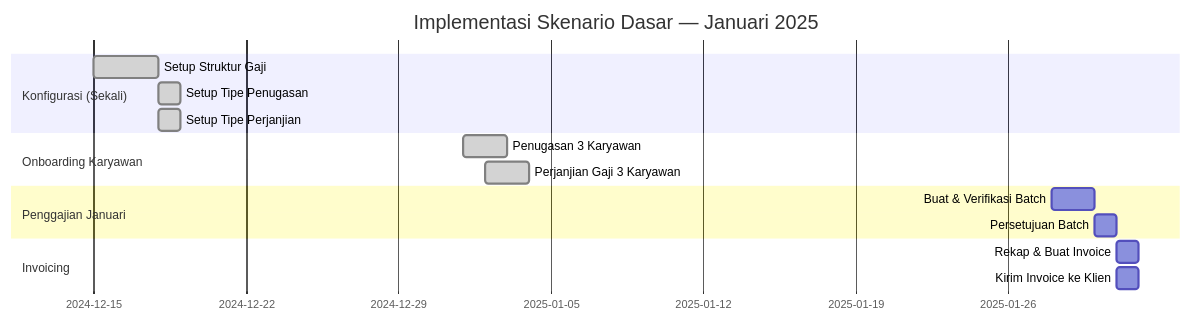
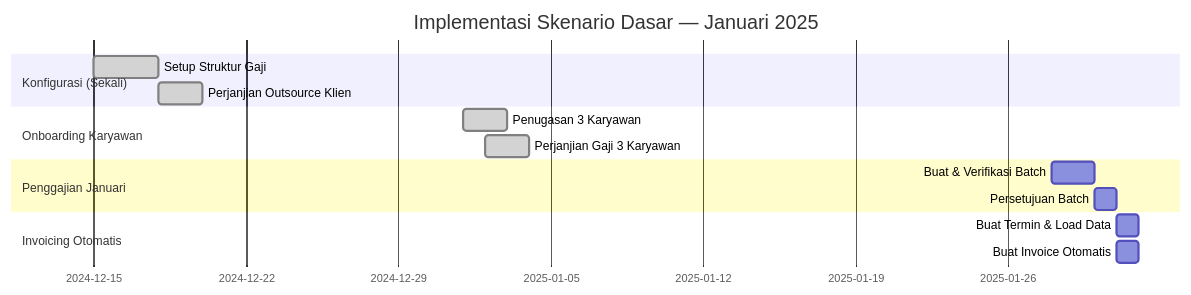
Before and after one commit to andhit-r/outsourcing-implementaton-doc: the diagram in docs/contoh-kasus/skenario-dasar.md, drawn with Mermaid. The commit also changed other lines of this file and 6 other files, not shown here.

First line of the commit message:
docs: tambahkan dokumentasi perjanjian outsource vendor-klien dan invoicing otomatis

````diff
--- a/docs/contoh-kasus/skenario-dasar.md
+++ b/docs/contoh-kasus/skenario-dasar.md
@@ -202,18 +206,17 @@
 ```mermaid
 gantt
     title Implementasi Skenario Dasar — Januari 2025
     dateFormat  YYYY-MM-DD
     section Konfigurasi (Sekali)
-    Setup Struktur Gaji       :done, 2024-12-15, 3d
-    Setup Tipe Penugasan      :done, 2024-12-18, 1d
-    Setup Tipe Perjanjian     :done, 2024-12-18, 1d
+    Setup Struktur Gaji           :done, 2024-12-15, 3d
+    Perjanjian Outsource Klien    :done, 2024-12-18, 2d
     section Onboarding Karyawan
-    Penugasan 3 Karyawan      :done, 2025-01-01, 2d
-    Perjanjian Gaji 3 Karyawan:done, 2025-01-02, 2d
+    Penugasan 3 Karyawan          :done, 2025-01-01, 2d
+    Perjanjian Gaji 3 Karyawan    :done, 2025-01-02, 2d
     section Penggajian Januari
-    Buat & Verifikasi Batch   :2025-01-28, 2d
-    Persetujuan Batch         :2025-01-30, 1d
-    section Invoicing
-    Rekap & Buat Invoice      :2025-01-31, 1d
-    Kirim Invoice ke Klien    :2025-01-31, 1d
+    Buat & Verifikasi Batch       :2025-01-28, 2d
+    Persetujuan Batch             :2025-01-30, 1d
+    section Invoicing Otomatis
+    Buat Termin & Load Data       :2025-01-31, 1d
+    Buat Invoice Otomatis         :2025-01-31, 1d
 ```
````
